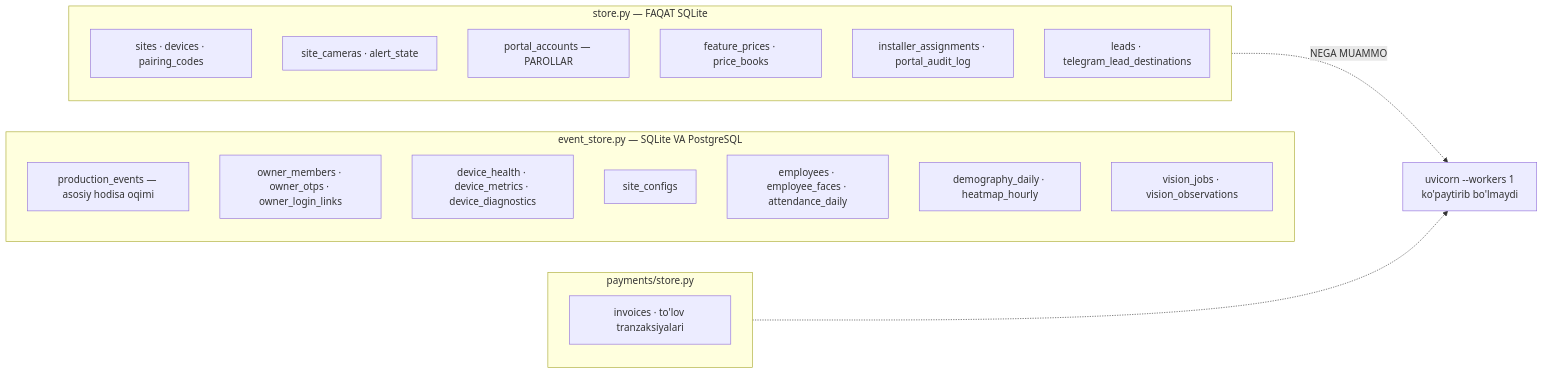
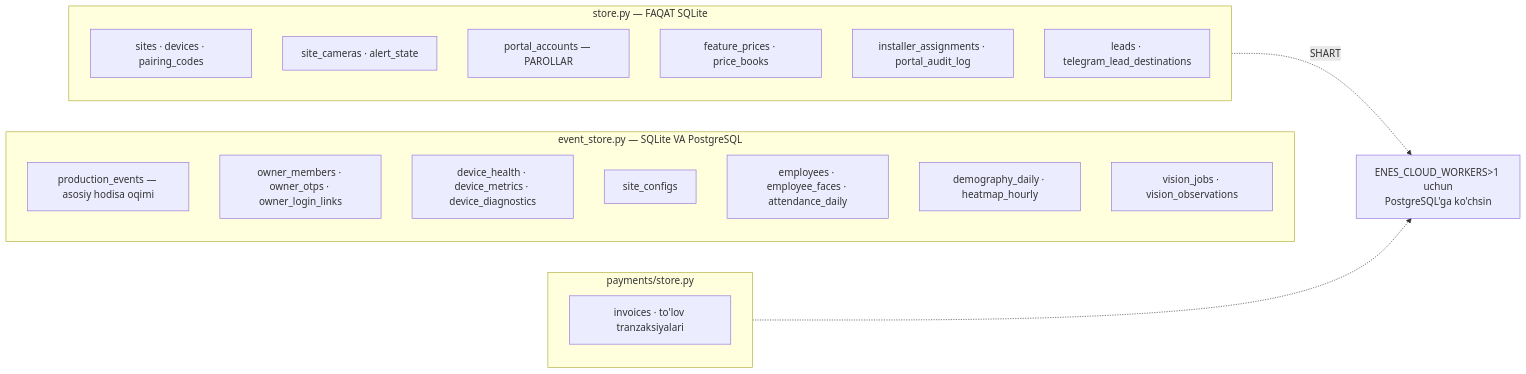
The fifth of 9 diagrams in docs/ARXITEKTURA_XARITASI.md (techjadid2-debug/chaqimchi-ai), drawn with Mermaid before and after one commit. The commit also changed other lines of this file and 4 other files, not shown here.

````diff
--- a/docs/ARXITEKTURA_XARITASI.md
+++ b/docs/ARXITEKTURA_XARITASI.md
@@ -303,30 +303,30 @@
 ```mermaid
 flowchart LR
   subgraph SQ["store.py — FAQAT SQLite"]
     direction TB
     S1["sites · devices · pairing_codes"]
     S2["site_cameras · alert_state"]
     S3["portal_accounts — PAROLLAR"]
     S4["feature_prices · price_books"]
     S5["installer_assignments · portal_audit_log"]
     S6["leads · telegram_lead_destinations"]
   end
 
   subgraph PGX["event_store.py — SQLite VA PostgreSQL"]
     direction TB
     E1["production_events — asosiy hodisa oqimi"]
     E2["owner_members · owner_otps · owner_login_links"]
     E3["device_health · device_metrics · device_diagnostics"]
     E4["site_configs"]
     E5["employees · employee_faces · attendance_daily"]
     E6["demography_daily · heatmap_hourly"]
     E7["vision_jobs · vision_observations"]
   end
 
   subgraph PAYX["payments/store.py"]
     P1["invoices · to'lov tranzaksiyalari"]
   end
 
-  SQ -.->|"NEGA MUAMMO"| W["uvicorn --workers 1<br/>ko'paytirib bo'lmaydi"]
+  SQ -.->|"SHART"| W["ENES_CLOUD_WORKERS>1 uchun<br/>PostgreSQL'ga ko'chsin"]
   PAYX -.-> W
 ```
````
